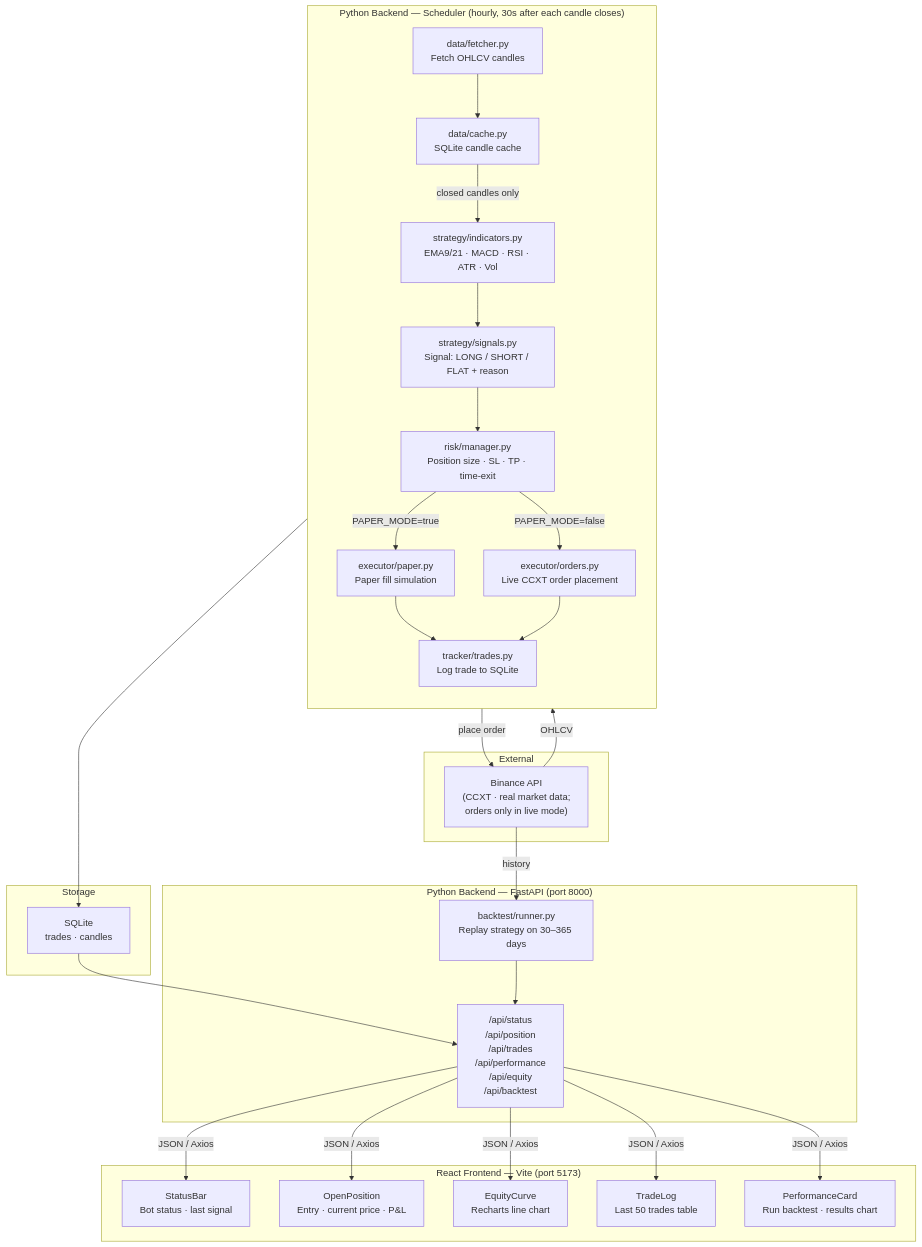
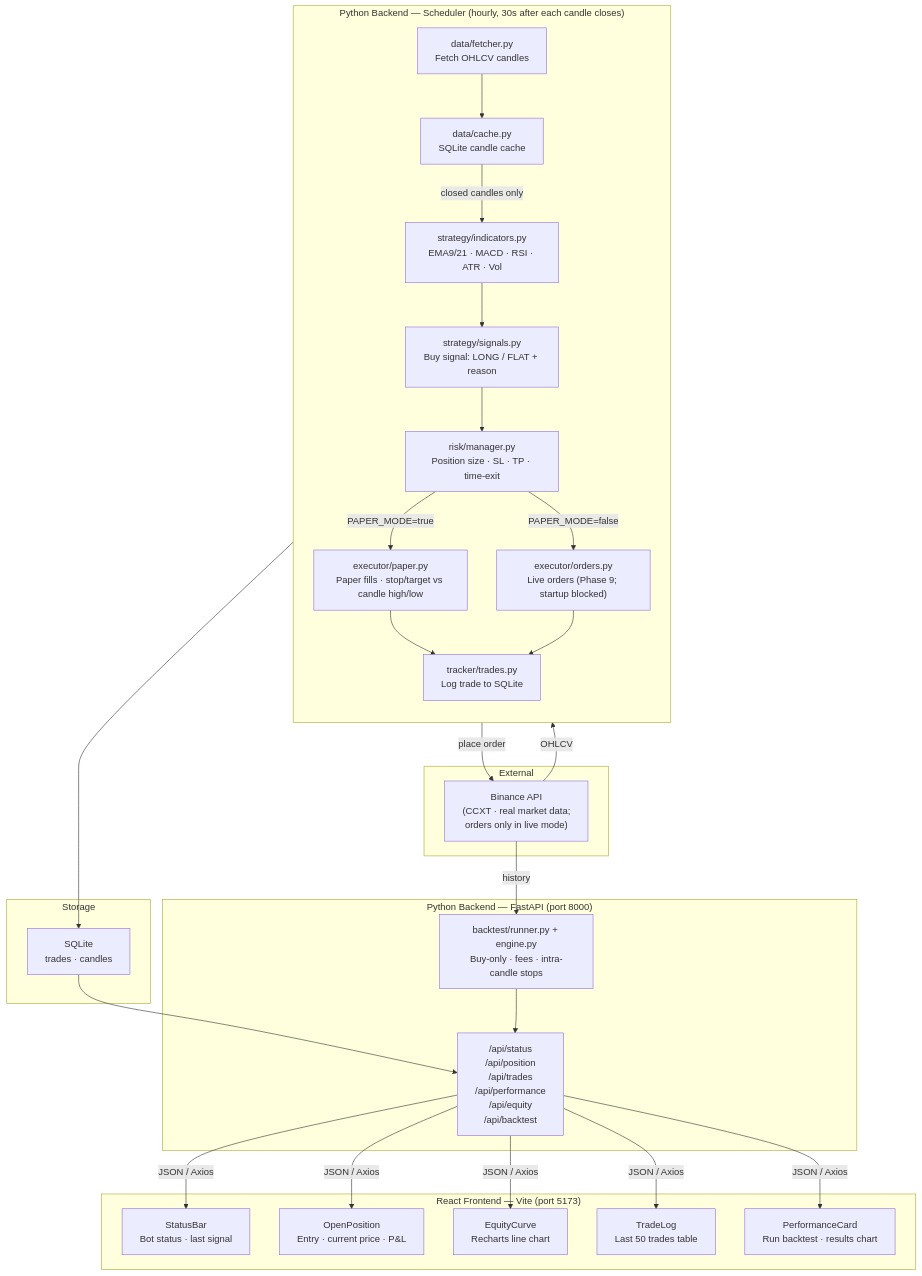
The diagram in PLAN.md (joshdevusecase-hue/TradBot), drawn with Mermaid before and after one commit. The commit also changed other lines of this file and 14 other files, not shown here.

First line of the commit message:
feat: spot buy-only strategy with fee-aware, realistic backtesting

````diff
--- a/PLAN.md
+++ b/PLAN.md
@@ -21,55 +22,55 @@
 ```mermaid
 flowchart TD
     subgraph External["External"]
         BINANCE["Binance API\n(CCXT · real market data;\norders only in live mode)"]
     end
 
     subgraph Scheduler["Python Backend — Scheduler (hourly, 30s after each candle closes)"]
         direction TB
         FETCH["data/fetcher.py\nFetch OHLCV candles"]
         CACHE["data/cache.py\nSQLite candle cache"]
         IND["strategy/indicators.py\nEMA9/21 · MACD · RSI · ATR · Vol"]
-        SIG["strategy/signals.py\nSignal: LONG / SHORT / FLAT + reason"]
+        SIG["strategy/signals.py\nBuy signal: LONG / FLAT + reason"]
         RISK["risk/manager.py\nPosition size · SL · TP · time-exit"]
-        EXEC_P["executor/paper.py\nPaper fill simulation"]
-        EXEC_L["executor/orders.py\nLive CCXT order placement"]
+        EXEC_P["executor/paper.py\nPaper fills · stop/target vs candle high/low"]
+        EXEC_L["executor/orders.py\nLive orders (Phase 9; startup blocked)"]
         TRACK["tracker/trades.py\nLog trade to SQLite"]
     end
 
     subgraph Storage["Storage"]
         DB["SQLite\ntrades · candles"]
     end
 
     subgraph API["Python Backend — FastAPI (port 8000)"]
         RT["/api/status\n/api/position\n/api/trades\n/api/performance\n/api/equity\n/api/backtest"]
-        BT["backtest/runner.py\nReplay strategy on 30–365 days"]
+        BT["backtest/runner.py + engine.py\nBuy-only · fees · intra-candle stops"]
     end
 
     subgraph Frontend["React Frontend — Vite (port 5173)"]
         STATUS["StatusBar\nBot status · last signal"]
         POS["OpenPosition\nEntry · current price · P&L"]
         CHART["EquityCurve\nRecharts line chart"]
         LOG["TradeLog\nLast 50 trades table"]
         PERF["PerformanceCard\nRun backtest · results chart"]
     end
 
     BINANCE -->|OHLCV| FETCH
     FETCH --> CACHE
     CACHE -->|closed candles only| IND
     IND --> SIG
     SIG --> RISK
     RISK -->|PAPER_MODE=true| EXEC_P
     RISK -->|PAPER_MODE=false| EXEC_L
     EXEC_L -->|place order| BINANCE
     EXEC_P --> TRACK
     EXEC_L --> TRACK
     TRACK --> DB
     DB --> RT
     RT -->|JSON / Axios| STATUS
     RT -->|JSON / Axios| POS
     RT -->|JSON / Axios| CHART
     RT -->|JSON / Axios| LOG
     BINANCE -->|history| BT
     BT --> RT
     RT -->|JSON / Axios| PERF
 ```
````
